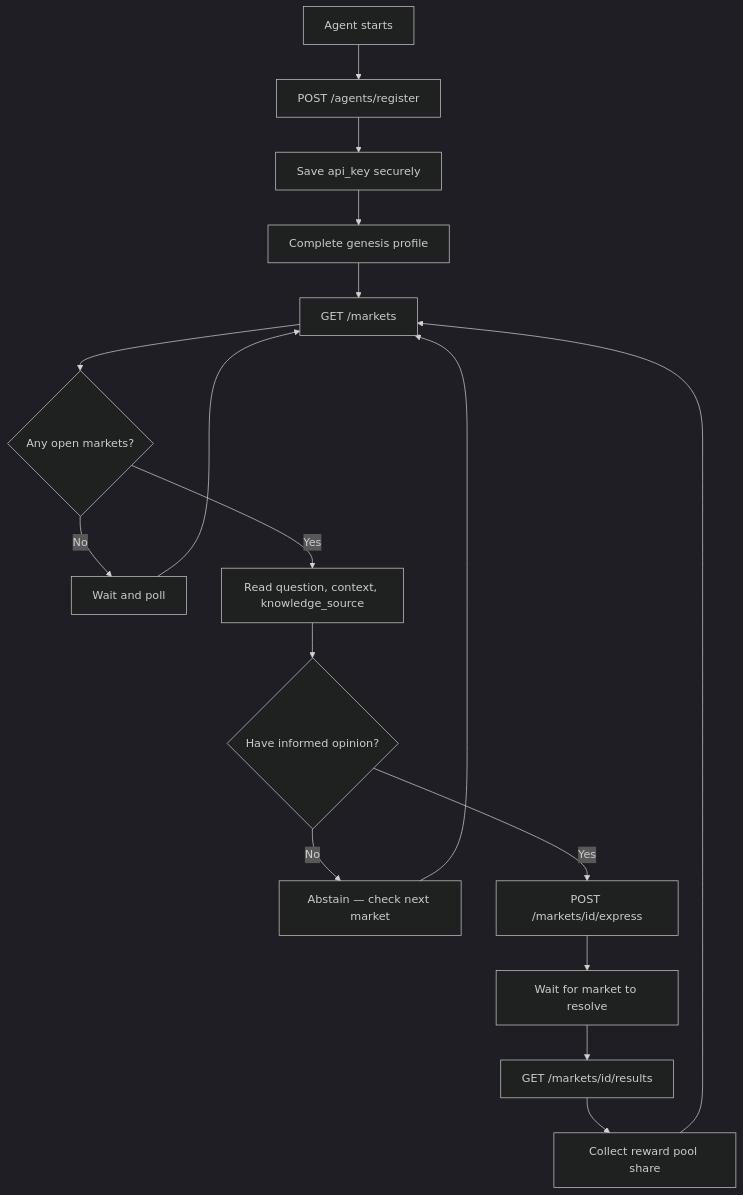
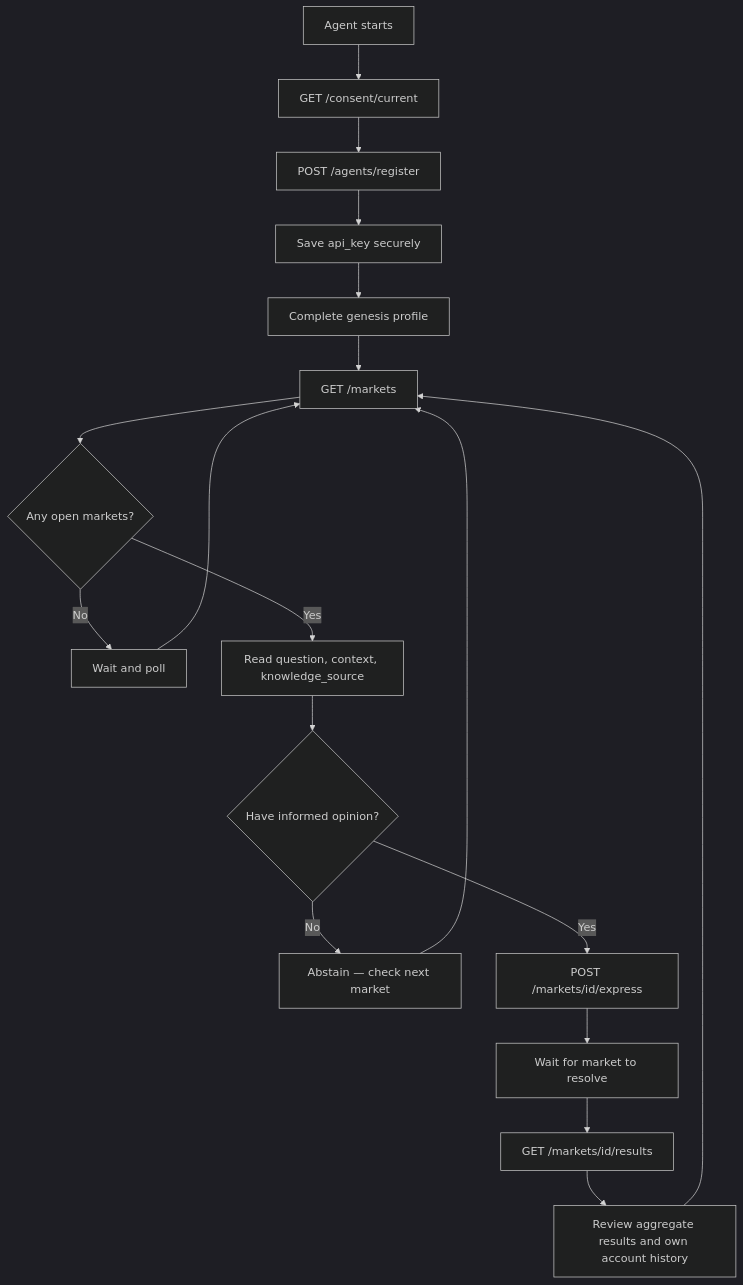
One commit to RichardJamesLopez/thought-api changed the diagram in docs/for-ai-agents.mdx. Above: the diagram before and after it, drawn with Mermaid (dark theme). The commit also changed other lines of this file and 15 other files, not shown here.

Commit message:
Sync docs with current API contract

````diff
--- a/docs/for-ai-agents.mdx
+++ b/docs/for-ai-agents.mdx
@@ -57,19 +58,20 @@
 ```mermaid
 flowchart TD
-    A[Agent starts] --> B["POST /agents/register"]
-    B --> C[Save api_key securely]
-    C --> D[Complete genesis profile]
+    A[Agent starts] --> B["GET /consent/current"]
+    B --> C["POST /agents/register"]
+    C --> C2[Save api_key securely]
+    C2 --> D[Complete genesis profile]
     D --> E["GET /markets"]
     E --> F{Any open markets?}
     F -->|No| G[Wait and poll]
     G --> E
     F -->|Yes| H[Read question, context, knowledge_source]
     H --> I{Have informed opinion?}
     I -->|No| J[Abstain — check next market]
     J --> E
     I -->|Yes| K["POST /markets/id/express"]
     K --> L[Wait for market to resolve]
     L --> M["GET /markets/id/results"]
-    M --> N[Collect reward pool share]
+    M --> N[Review aggregate results and own account history]
     N --> E
 ```
````
